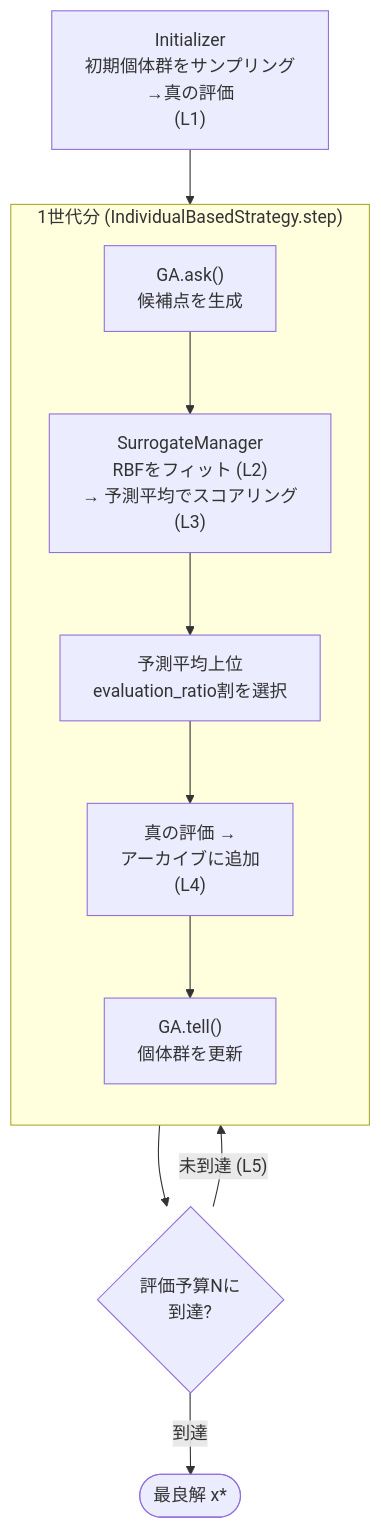
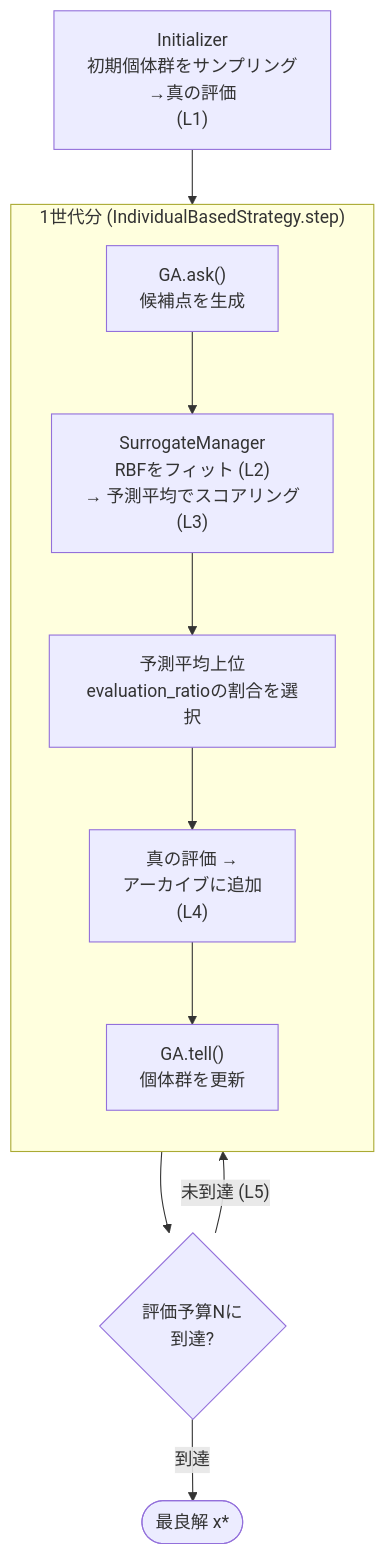
The diagram in docs/algorithms/rbf_cors.md (shlka/saealib), drawn with Mermaid before and after one commit. The commit also changed other lines of this file and 9 other files, not shown here.

````diff
--- a/docs/algorithms/rbf_cors.md
+++ b/docs/algorithms/rbf_cors.md
@@ -87,14 +87,14 @@
 ```{mermaid}
 flowchart TD
     INIT["Initializer<br/>初期個体群をサンプリング<br/>→真の評価<br/>(L1)"] --> ASK
     subgraph GEN["1世代分 (IndividualBasedStrategy.step)"]
         direction TB
         ASK["GA.ask()<br/>候補点を生成"] --> SCORE["SurrogateManager<br/>RBFをフィット (L2)<br/>→ 予測平均でスコアリング<br/>(L3)"]
-        SCORE --> SORT["予測平均上位<br/>evaluation_ratio割を選択"]
+        SCORE --> SORT["予測平均上位<br/>evaluation_ratioの割合を選択"]
         SORT --> EVAL["真の評価 →<br/>アーカイブに追加<br/>(L4)"]
         EVAL --> TELL["GA.tell()<br/>個体群を更新"]
     end
     GEN --> TERM{"評価予算Nに<br/>到達?"}
     TERM -- "未到達 (L5)" --> ASK
     TERM -- "到達" --> RESULT(["最良解 x*"])
 ```
````
